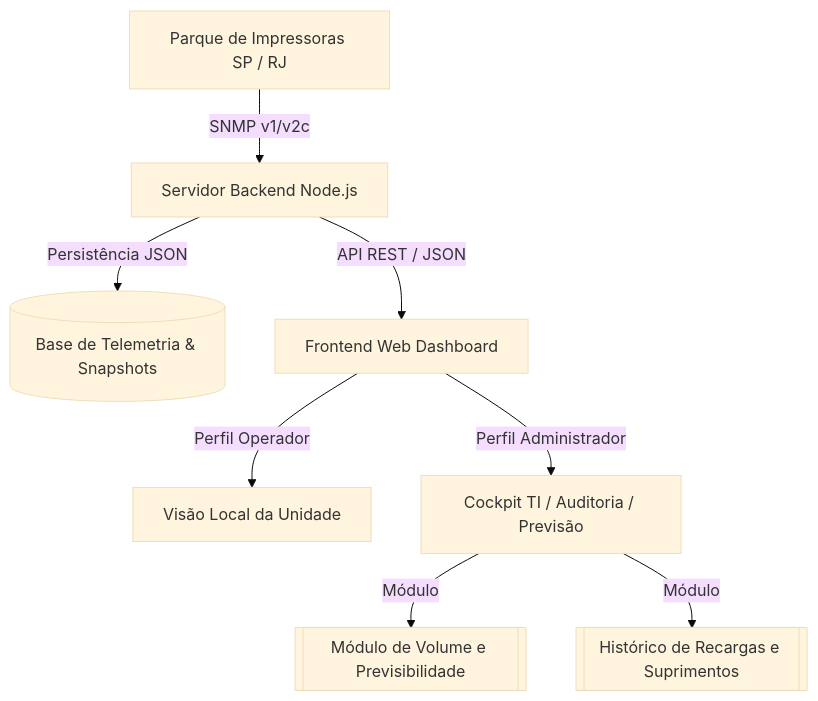
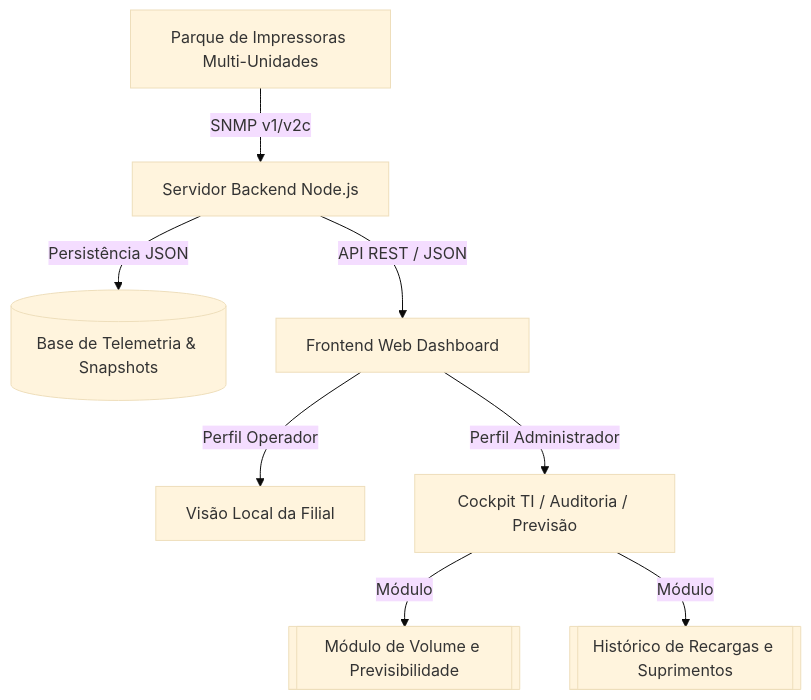
Before and after one commit to SaruAkaza/Hefesto-Print-Monitor: the diagram in Projeto Hefesto.md, drawn with Mermaid (base theme). The commit also changed other lines of this file and 15 other files, not shown here.

````diff
--- a/Projeto Hefesto.md
+++ b/Projeto Hefesto.md
@@ -15,10 +15,10 @@
 ```mermaid
 graph TD
-    A[Parque de Impressoras SP / RJ] -->|SNMP v1/v2c| B[Servidor Backend Node.js]
+    A[Parque de Impressoras Multi-Unidades] -->|SNMP v1/v2c| B[Servidor Backend Node.js]
     B -->|Persistência JSON| C[(Base de Telemetria & Snapshots)]
     B -->|API REST / JSON| D[Frontend Web Dashboard]
-    D -->|Perfil Operador| E[Visão Local da Unidade]
+    D -->|Perfil Operador| E[Visão Local da Filial]
     D -->|Perfil Administrador| F[Cockpit TI / Auditoria / Previsão]
     F -->|Módulo| G[[Módulo de Volume e Previsibilidade]]
     F -->|Módulo| H[[Histórico de Recargas e Suprimentos]]
 ```
````
